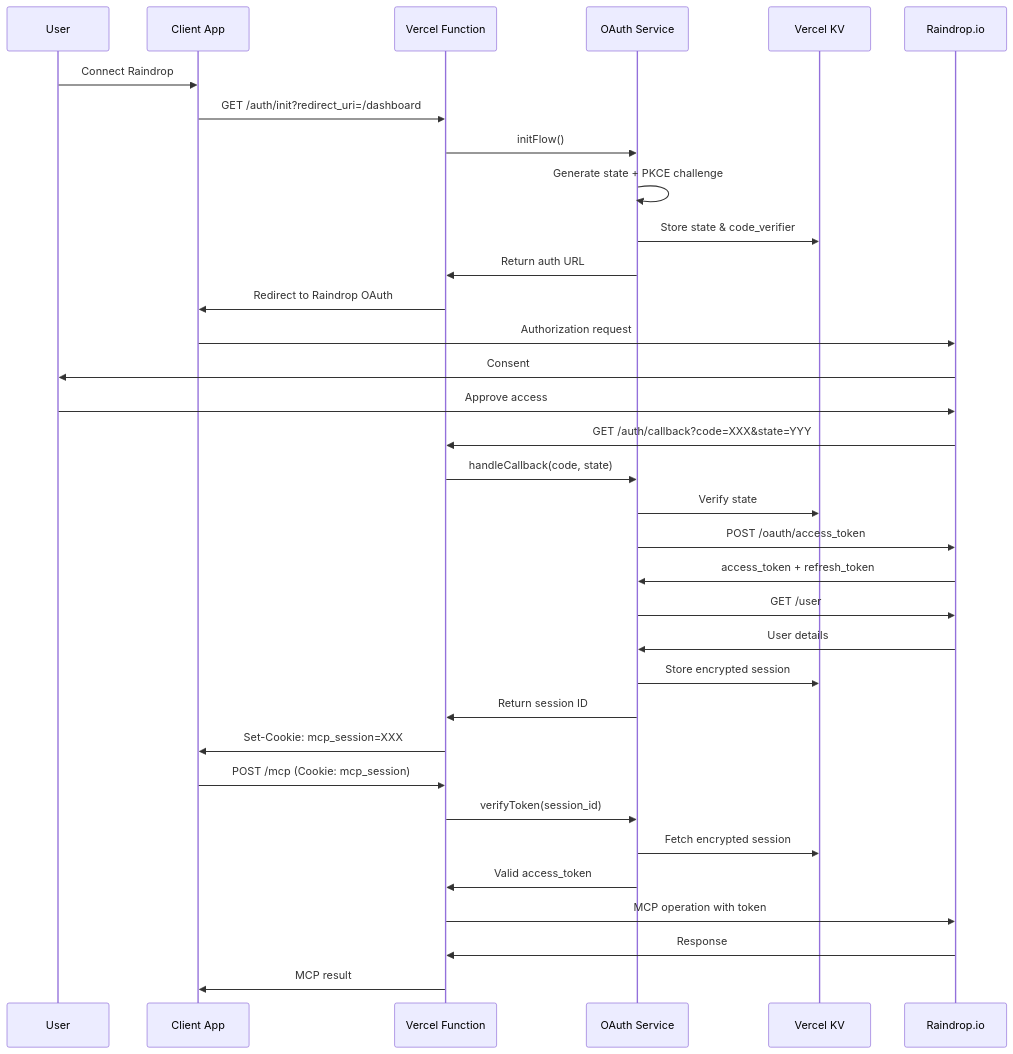
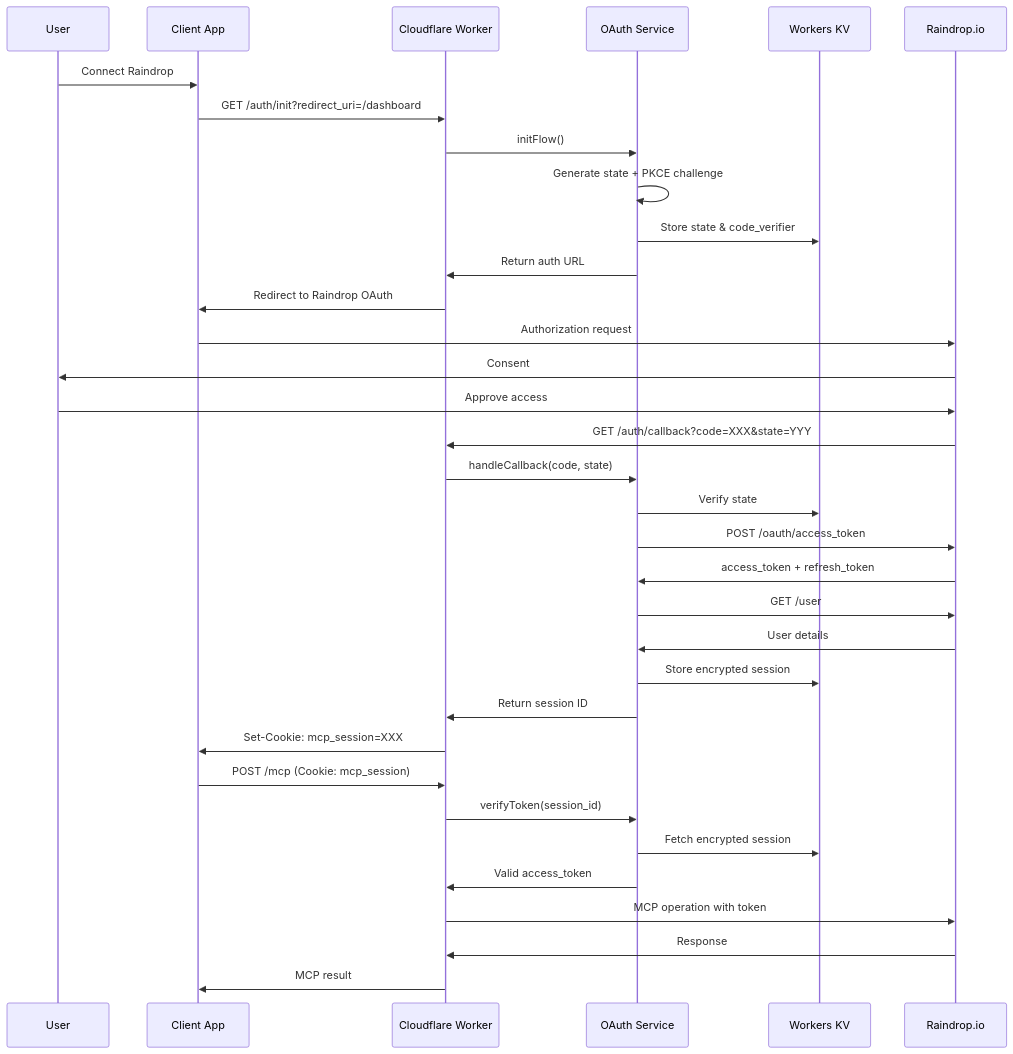
One commit to Aarekaz/raindrop-mcp changed the second of 3 diagrams in README.md. Above: the diagram before and after it, drawn with Mermaid. The commit also changed other lines of this file and 14 other files, not shown here.

````diff
--- a/README.md
+++ b/README.md
@@ -171,37 +177,37 @@
 ```mermaid
 sequenceDiagram
     participant User
     participant Client as Client App
-    participant Vercel as Vercel Function
+    participant Worker as Cloudflare Worker
     participant OAuth as OAuth Service
-    participant KV as Vercel KV
+    participant KV as Workers KV
     participant Raindrop as Raindrop.io
 
     User->>Client: Connect Raindrop
-    Client->>Vercel: GET /auth/init?redirect_uri=/dashboard
-    Vercel->>OAuth: initFlow()
+    Client->>Worker: GET /auth/init?redirect_uri=/dashboard
+    Worker->>OAuth: initFlow()
     OAuth->>OAuth: Generate state + PKCE challenge
     OAuth->>KV: Store state & code_verifier
-    OAuth->>Vercel: Return auth URL
-    Vercel->>Client: Redirect to Raindrop OAuth
+    OAuth->>Worker: Return auth URL
+    Worker->>Client: Redirect to Raindrop OAuth
     Client->>Raindrop: Authorization request
     Raindrop->>User: Consent
     User->>Raindrop: Approve access
-    Raindrop->>Vercel: GET /auth/callback?code=XXX&state=YYY
-    Vercel->>OAuth: handleCallback(code, state)
+    Raindrop->>Worker: GET /auth/callback?code=XXX&state=YYY
+    Worker->>OAuth: handleCallback(code, state)
     OAuth->>KV: Verify state
     OAuth->>Raindrop: POST /oauth/access_token
     Raindrop->>OAuth: access_token + refresh_token
     OAuth->>Raindrop: GET /user
     Raindrop->>OAuth: User details
     OAuth->>KV: Store encrypted session
-    OAuth->>Vercel: Return session ID
-    Vercel->>Client: Set-Cookie: mcp_session=XXX
-    Client->>Vercel: POST /mcp (Cookie: mcp_session)
-    Vercel->>OAuth: verifyToken(session_id)
+    OAuth->>Worker: Return session ID
+    Worker->>Client: Set-Cookie: mcp_session=XXX
+    Client->>Worker: POST /mcp (Cookie: mcp_session)
+    Worker->>OAuth: verifyToken(session_id)
     OAuth->>KV: Fetch encrypted session
-    OAuth->>Vercel: Valid access_token
-    Vercel->>Raindrop: MCP operation with token
-    Raindrop->>Vercel: Response
-    Vercel->>Client: MCP result
+    OAuth->>Worker: Valid access_token
+    Worker->>Raindrop: MCP operation with token
+    Raindrop->>Worker: Response
+    Worker->>Client: MCP result
 ```
````
